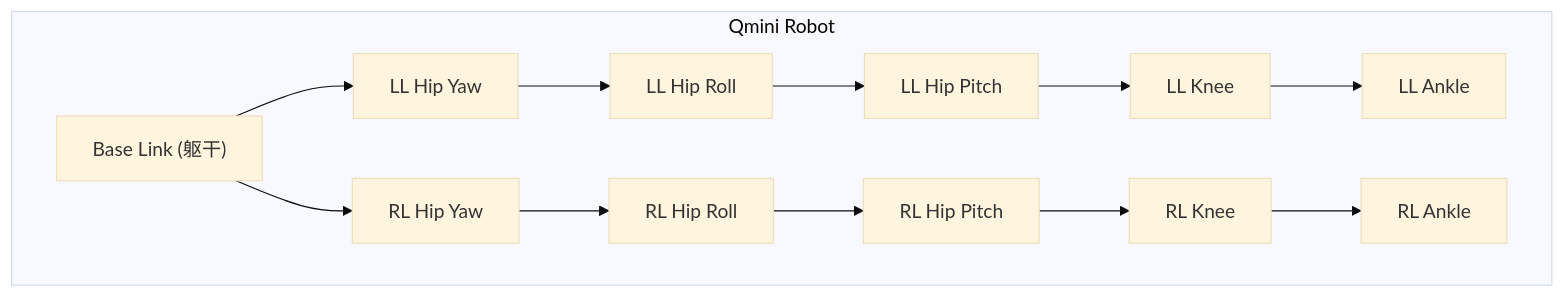
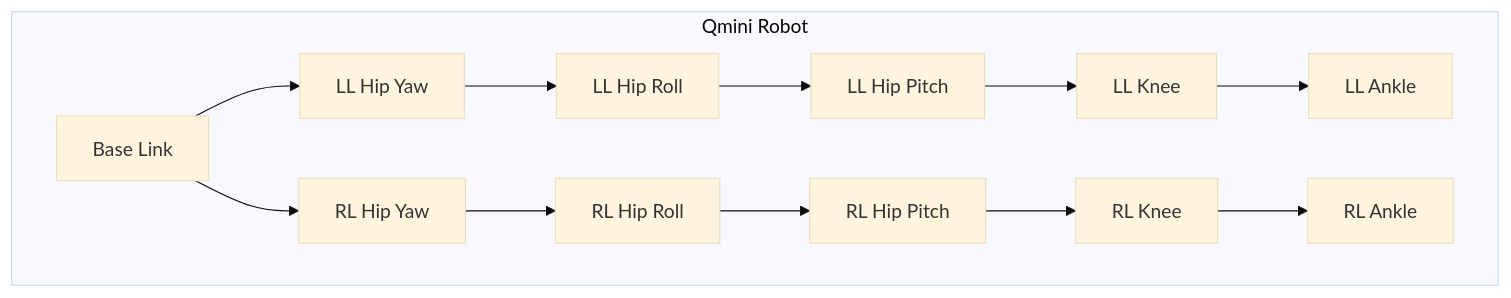
Before and after one commit to tonylabs/unitree-qmini-robot-components: the diagram in README.md, drawn with Mermaid (base theme).

````diff
--- a/README.md
+++ b/README.md
@@ -3,34 +3,33 @@
 ```mermaid
 flowchart TD
     subgraph "Qmini Robot"
-        Body["Base Link (躯干)"]
-        
+        Body["Base Link"]
         %% Left Leg (LL)
         LL_HipYaw["LL Hip Yaw"]
         LL_HipRoll["LL Hip Roll"]
         LL_HipPitch["LL Hip Pitch"]
         LL_Knee["LL Knee"]
         LL_Ankle["LL Ankle"]
         
         %% Right Leg (RL)
         RL_HipYaw["RL Hip Yaw"]
         RL_HipRoll["RL Hip Roll"]
         RL_HipPitch["RL Hip Pitch"]
         RL_Knee["RL Knee"]
         RL_Ankle["RL Ankle"]
         
         %% Left Leg Connections
         Body --> LL_HipYaw
         LL_HipYaw --> LL_HipRoll
         LL_HipRoll --> LL_HipPitch
         LL_HipPitch --> LL_Knee
         LL_Knee --> LL_Ankle
         
         %% Right Leg Connections
         Body --> RL_HipYaw
         RL_HipYaw --> RL_HipRoll
         RL_HipRoll --> RL_HipPitch
         RL_HipPitch --> RL_Knee
         RL_Knee --> RL_Ankle
     end
 ```
````
